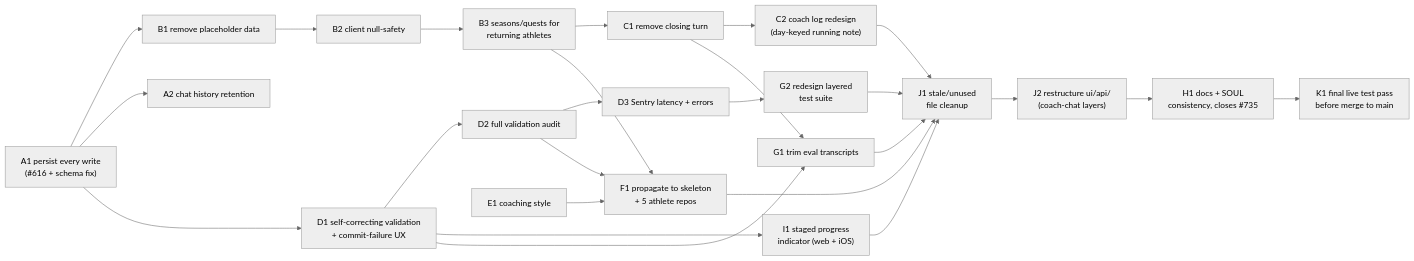
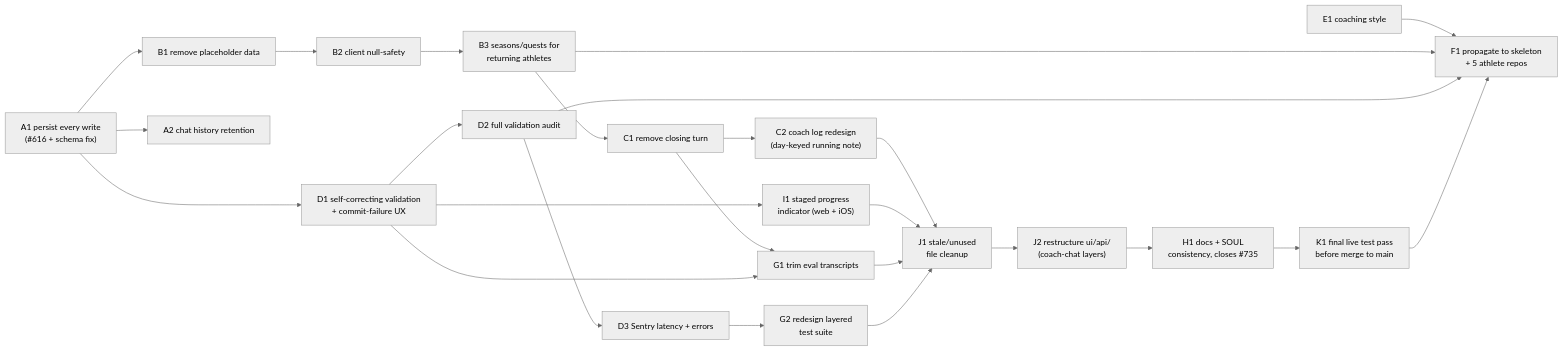
The diagram in docs/plans/chat-commit-redesign.md (sibling-shipyard/coach-hq), drawn with Mermaid (neutral theme) before and after one commit. The commit also changed other lines of this file and 3 other files, not shown here.

````diff
--- a/docs/plans/chat-commit-redesign.md
+++ b/docs/plans/chat-commit-redesign.md
@@ -36,27 +36,27 @@
 ```mermaid
 flowchart LR
   A1["A1 persist every write\n(#616 + schema fix)"] --> B1["B1 remove placeholder data"]
   A1 --> A2["A2 chat history retention"]
   B1 --> B2["B2 client null-safety"]
   B2 --> B3["B3 seasons/quests for\nreturning athletes"]
   B3 --> C1["C1 remove closing turn"]
   C1 --> C2["C2 coach log redesign\n(day-keyed running note)"]
   A1 --> D1["D1 self-correcting validation\n+ commit-failure UX"]
   D1 --> D2["D2 full validation audit"]
   D2 --> D3["D3 Sentry latency + errors"]
   D1 --> I1["I1 staged progress\nindicator (web + iOS)"]
   E1["E1 coaching style"] --> F1
   B3 --> F1["F1 propagate to skeleton\n+ 5 athlete repos"]
   D2 --> F1
   C1 --> G1["G1 trim eval transcripts"]
   D1 --> G1
   D3 --> G2["G2 redesign layered\ntest suite"]
   C2 --> J1["J1 stale/unused\nfile cleanup"]
   I1 --> J1
-  F1 --> J1
   G1 --> J1
   G2 --> J1
   J1 --> J2["J2 restructure ui/api/\n(coach-chat layers)"]
   J2 --> H1["H1 docs + SOUL\nconsistency, closes #735"]
   H1 --> K1["K1 final live test pass\nbefore merge to main"]
+  K1 --> F1
 ```
````
